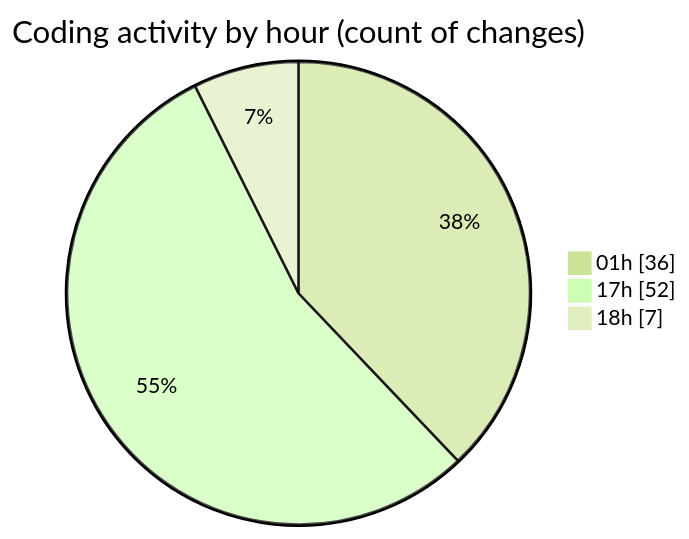
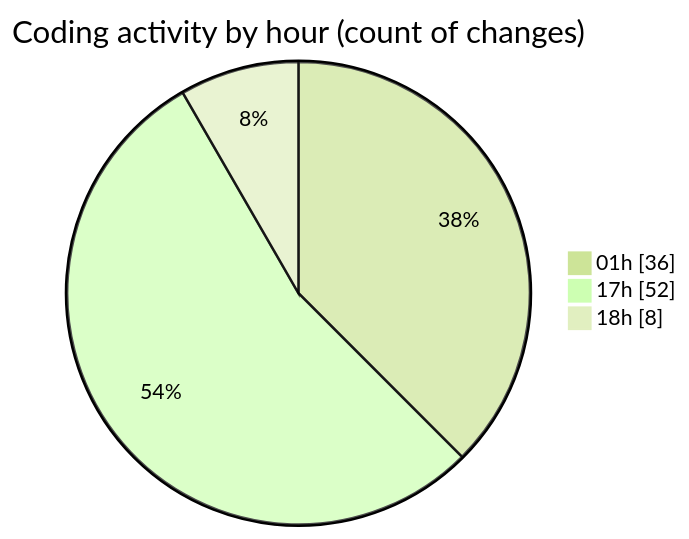
The second of 2 diagrams in 2025-07-29/appproject/README.md (lephambinh05/code-tracking), drawn with Mermaid (forest theme) before and after one commit. The commit also changed other lines of this file and 1 other file, not shown here.

````diff
--- a/2025-07-29/appproject/README.md
+++ b/2025-07-29/appproject/README.md
@@ -73,7 +73,7 @@
 ```mermaid
 pie showData
 title Coding activity by hour (count of changes)
 "01h" : 36
 "17h" : 52
-"18h" : 7
+"18h" : 8
 ```
````
